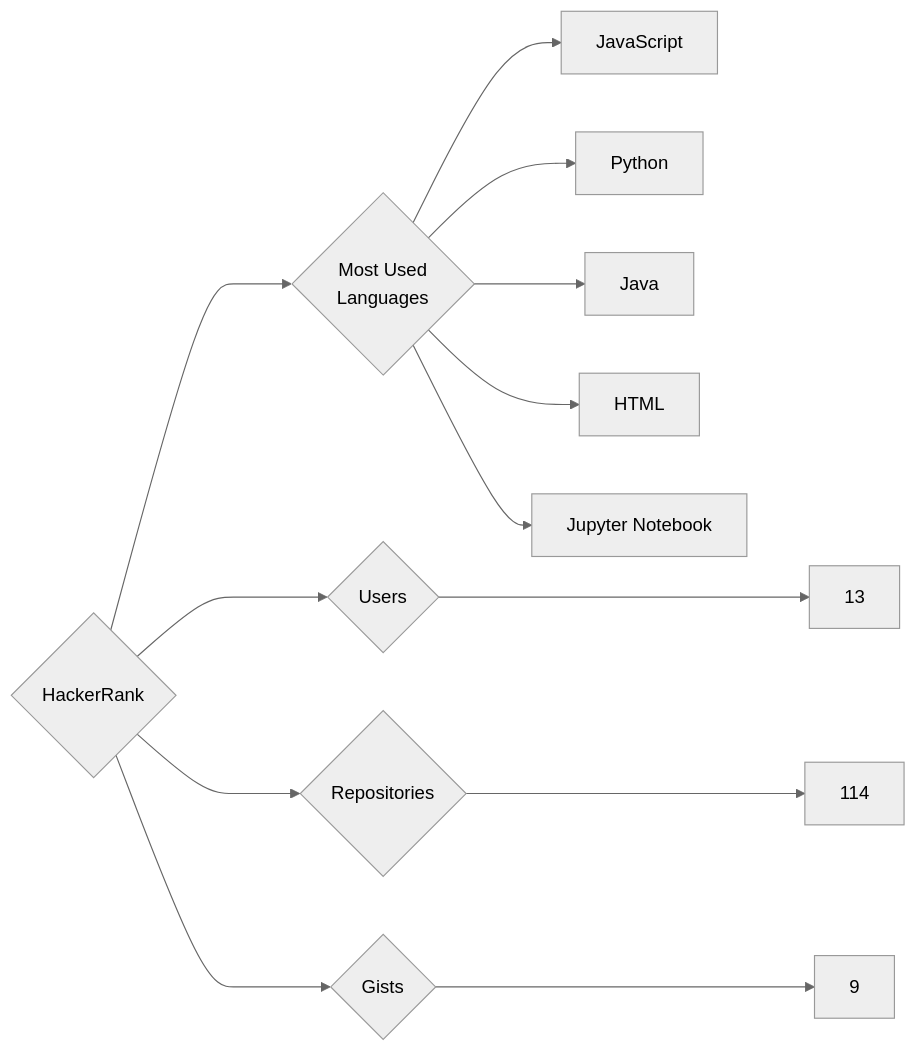
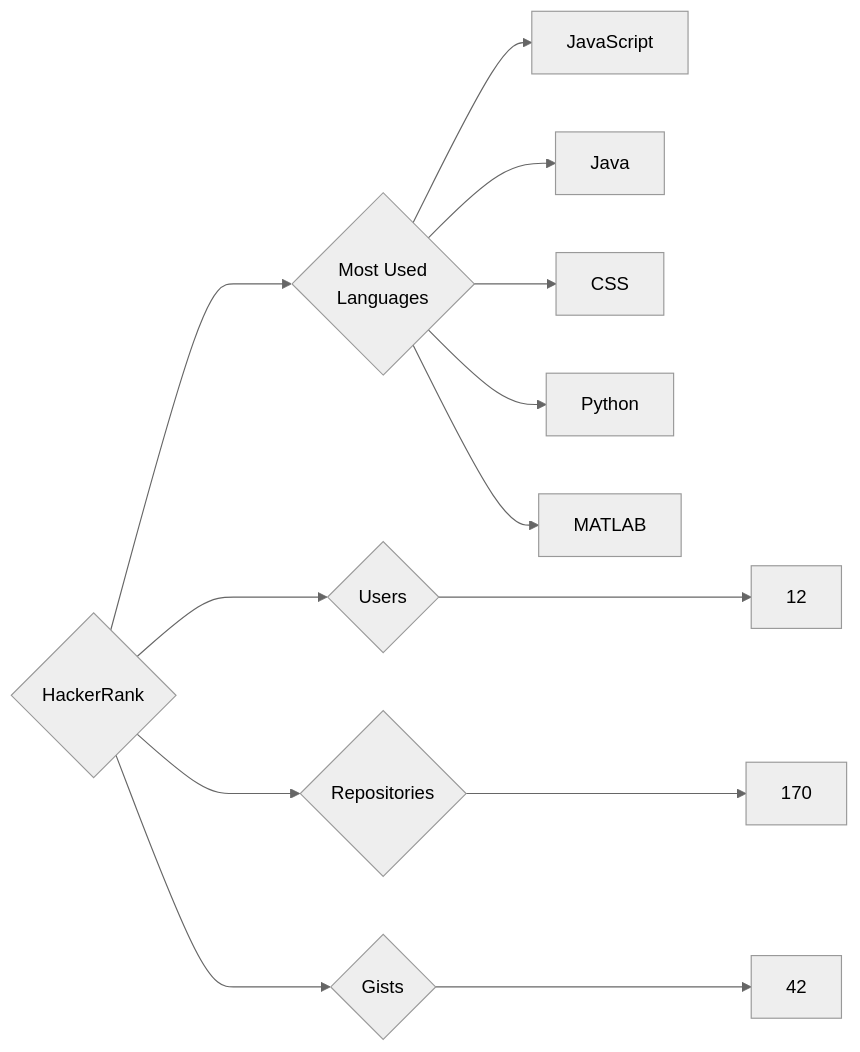
One commit to trickest/insiders changed the diagram in targets/HackerRank/README.md. Above: the diagram before and after it, drawn with Mermaid (neutral theme). The commit also changed 955 other files, not shown here.

````diff
--- a/targets/HackerRank/README.md
+++ b/targets/HackerRank/README.md
@@ -3,13 +3,13 @@
 ```mermaid
 graph LR
 COMPANY_NAME{HackerRank}
-COMPANY_NAME ---> U{Users} ---> UN[13]
-COMPANY_NAME ---> R{Repositories} ---> RN[114]
-COMPANY_NAME ---> G{Gists} ---> GN[9]
+COMPANY_NAME ---> U{Users} ---> UN[12]
+COMPANY_NAME ---> R{Repositories} ---> RN[170]
+COMPANY_NAME ---> G{Gists} ---> GN[42]
 COMPANY_NAME ---> ML{Most Used<br>Languages}
 ML --> JavaScript[JavaScript]
+ML --> Java[Java]
+ML --> CSS[CSS]
 ML --> Python[Python]
-ML --> Java[Java]
-ML --> HTML[HTML]
-ML --> Jupyter_Notebook[Jupyter Notebook]
+ML --> MATLAB[MATLAB]
 ```
````
